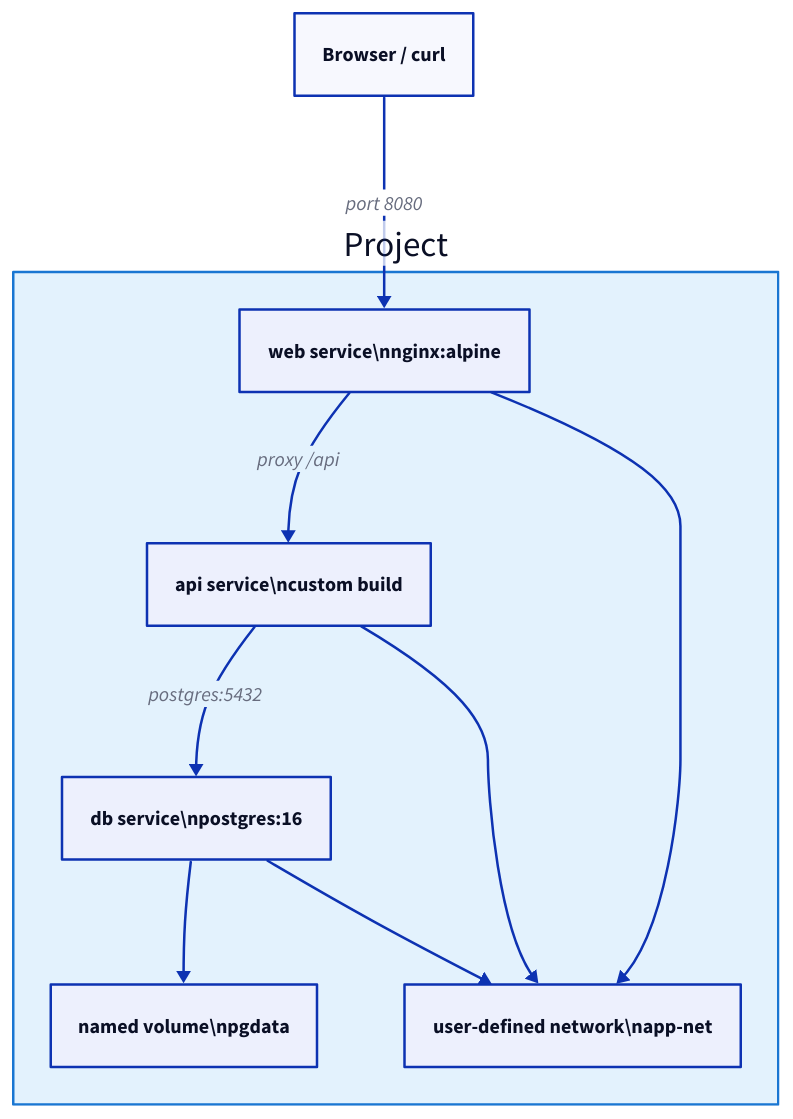
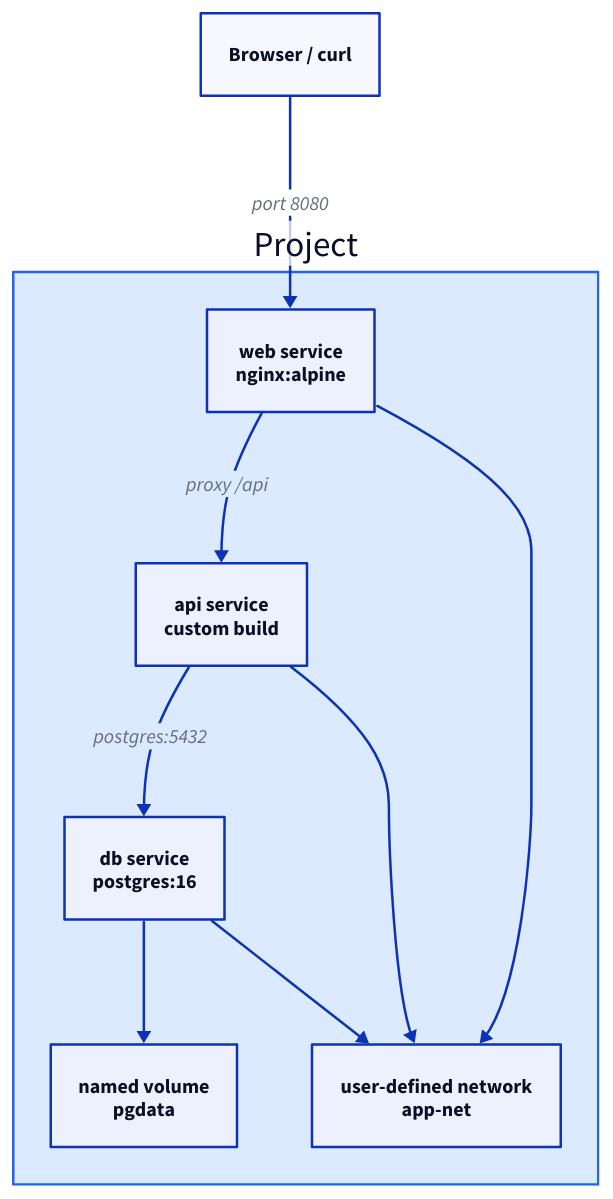
One commit to rebash-rebash/rebash-academy changed the diagram in docs/docker/docker-compose-fundamentals.md. Above: the diagram before and after it, drawn with D2. The commit also changed 177 other files, not shown here.

First line of the commit message:
Ship Terraform track, diagram polish, and new brand favicon.

````diff
--- a/docs/docker/docker-compose-fundamentals.md
+++ b/docs/docker/docker-compose-fundamentals.md
@@ -51,23 +51,23 @@
 ```d2
 direction: down
 
 Compose: Project {
       style: {
-        fill: "#e3f2fd"
-        stroke: "#1976d2"
+        fill: "#dbeafe"
+        stroke: "#2563eb"
       }
-        WEB: "web service\\nnginx:alpine"
-        API: "api service\\ncustom build"
-        DB: "db service\\npostgres:16"
-        VOL: "named volume\\npgdata"
-        NET: "user-defined network\\napp-net"
+        WEB: "web service\nnginx:alpine"
+        API: "api service\ncustom build"
+        DB: "db service\npostgres:16"
+        VOL: "named volume\npgdata"
+        NET: "user-defined network\napp-net"
     }
     USER: "Browser / curl"
     USER -> Compose.WEB: "port 8080"
     Compose.WEB -> Compose.API: "proxy /api"
     Compose.API -> Compose.DB: "postgres:5432"
     Compose.DB -> Compose.VOL
     Compose.WEB -> Compose.NET
     Compose.API -> Compose.NET
     Compose.DB -> Compose.NET
 ```
````
